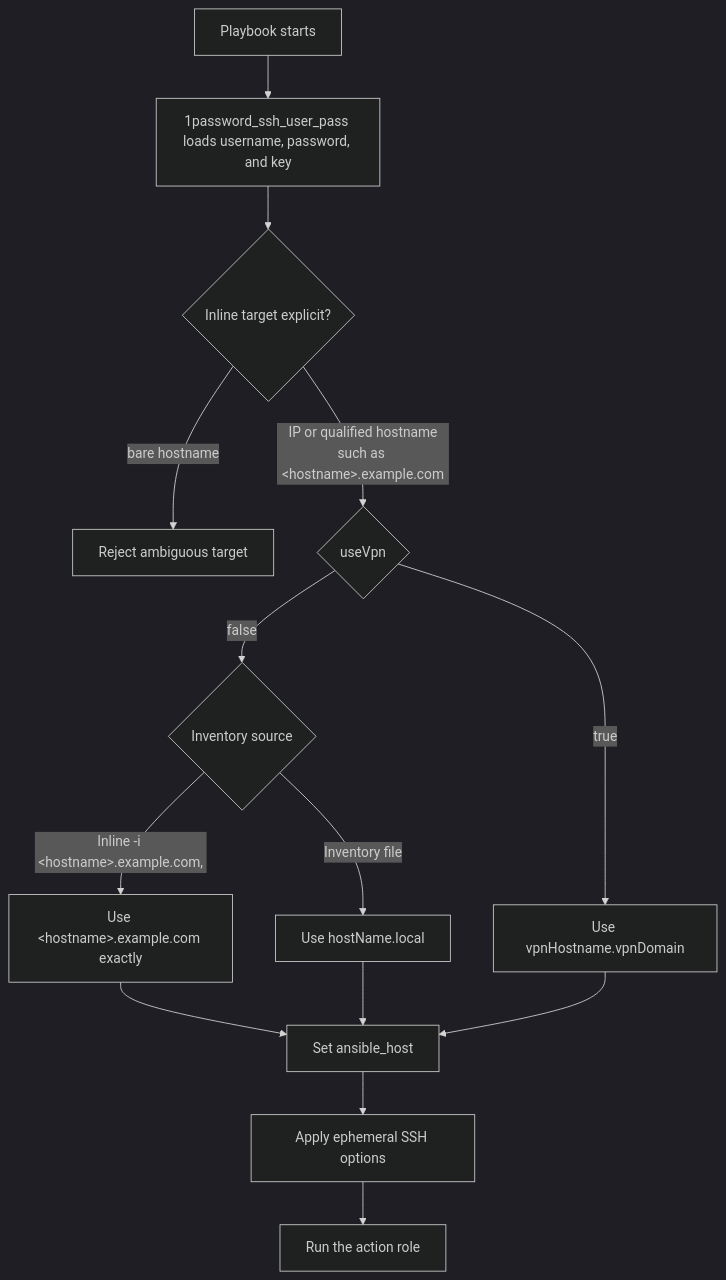
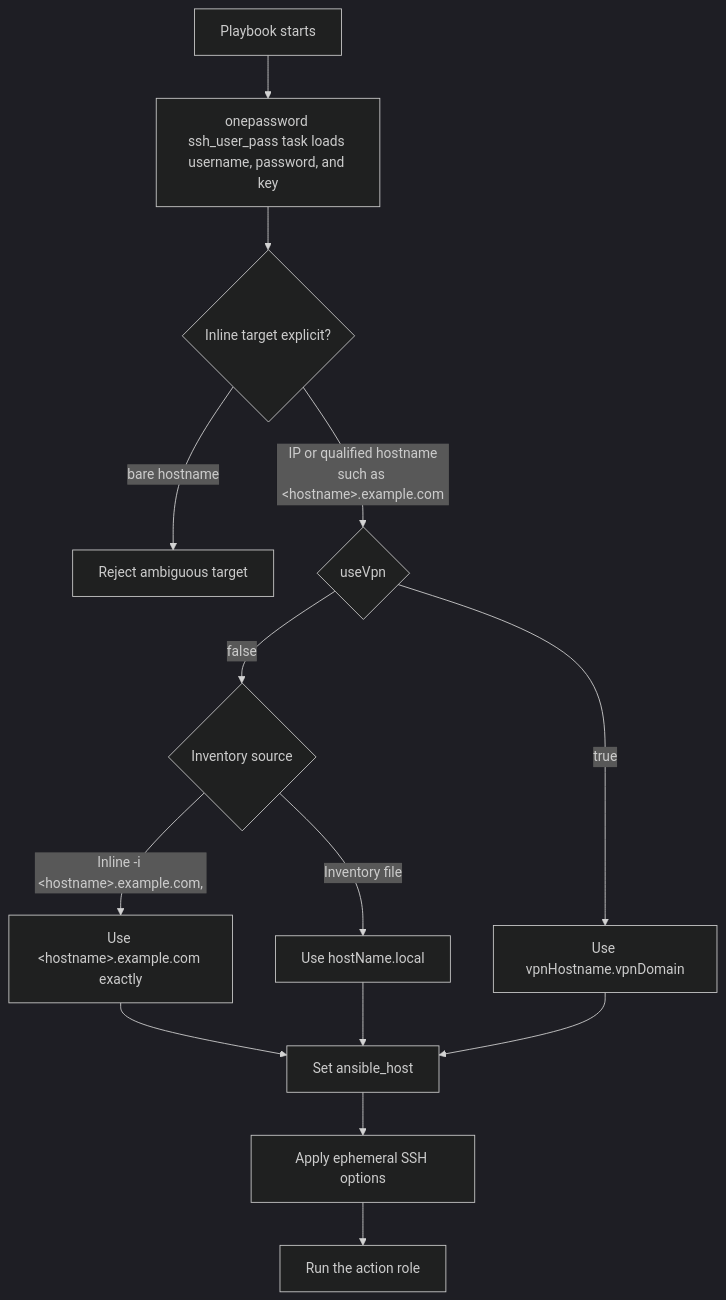
Before and after one commit to kopecn/my-galaxy-playbooks: the diagram in docs/playbooks/ssh.md, drawn with Mermaid (dark theme). The commit also changed other lines of this file and 45 other files, not shown here.

````diff
--- a/docs/playbooks/ssh.md
+++ b/docs/playbooks/ssh.md
@@ -6,16 +6,16 @@
 ```mermaid
 flowchart TD
-    Start[Playbook starts] --> Credentials[1password_ssh_user_pass loads username, password, and key]
+    Start[Playbook starts] --> Credentials[onepassword ssh_user_pass task loads username, password, and key]
     Credentials --> Gate{Inline target explicit?}
     Gate -->|bare hostname| Reject[Reject ambiguous target]
     Gate -->|IP or qualified hostname<br/>such as &lt;hostname&gt;.example.com| Flag{useVpn}
     Flag -->|true| Tail[Use vpnHostname.vpnDomain]
     Flag -->|false| Source{Inventory source}
     Source -->|Inline -i &lt;hostname&gt;.example.com,| Exact[Use &lt;hostname&gt;.example.com exactly]
     Source -->|Inventory file| Local[Use hostName.local]
     Exact --> Route[Set ansible_host]
     Local --> Route
     Tail --> Route
     Route --> Ephemeral[Apply ephemeral SSH options]
     Ephemeral --> Action[Run the action role]
 ```
````
